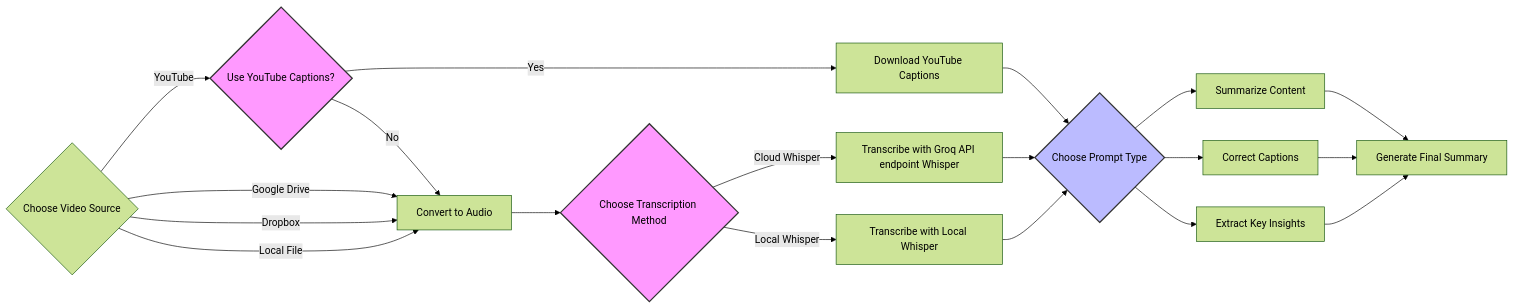
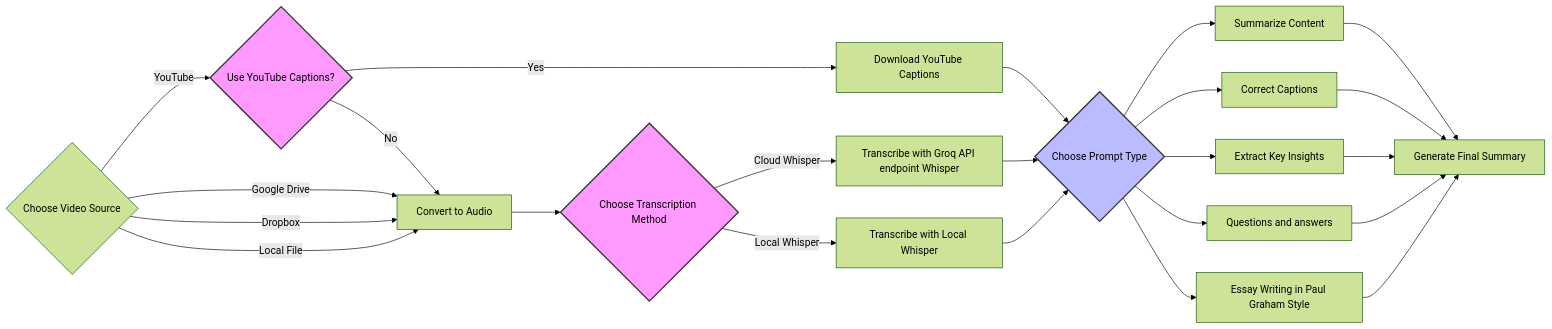
One commit to martinopiaggi/summarize changed the diagram in README.md. Above: the diagram before and after it, drawn with Mermaid (forest theme). The commit also changed other lines of this file, not shown here.

````diff
--- a/README.md
+++ b/README.md
@@ -33,27 +33,31 @@
 ```mermaid
 graph LR
     B{Choose Video Source}
     B -->|YouTube| C{Use YouTube Captions?}
     B -->|Google Drive| D[Convert to Audio]
     B -->|Dropbox| D
     B -->|Local File| D
     C -->|Yes| E[Download YouTube Captions]
     C -->|No| D
     E --> J{Choose Prompt Type}
     D --> G{Choose Transcription Method}
     G -->|Cloud Whisper| H[Transcribe with Groq API endpoint Whisper]
     G -->|Local Whisper| I[Transcribe with Local Whisper]
     H --> J{Choose Prompt Type}
     I --> J{Choose Prompt Type}
     J --> K[Summarize Content]
     J --> L[Correct Captions]
     J --> M[Extract Key Insights]
+    J --> P[Questions and answers]
+    J --> Q[Essay Writing in Paul Graham Style]
     K --> O[Generate Final Summary]
     L --> O
     M --> O
+    P --> O
+    Q --> O
 
     %% Highlight important decision points
     style C fill:#f9f,stroke:#333,stroke-width:2px
     style G fill:#f9f,stroke:#333,stroke-width:2px
     style J fill:#bbf,stroke:#333,stroke-width:2px
 ```
````
